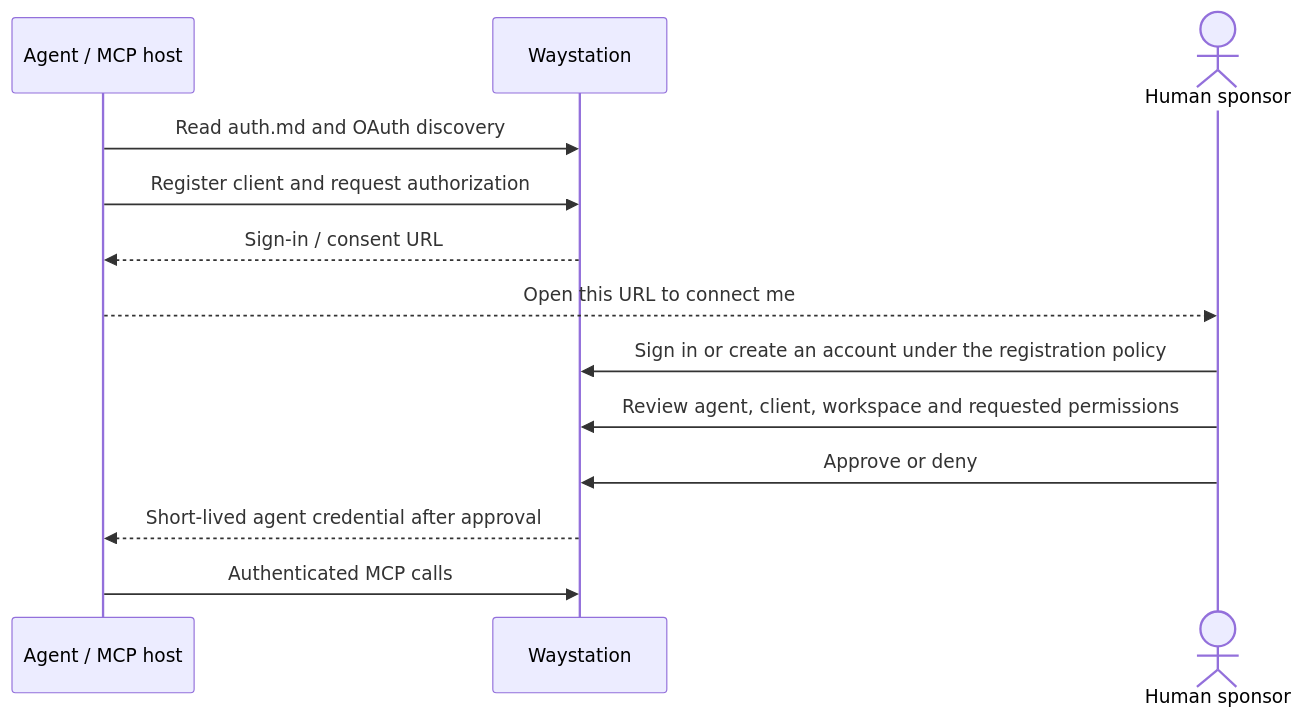
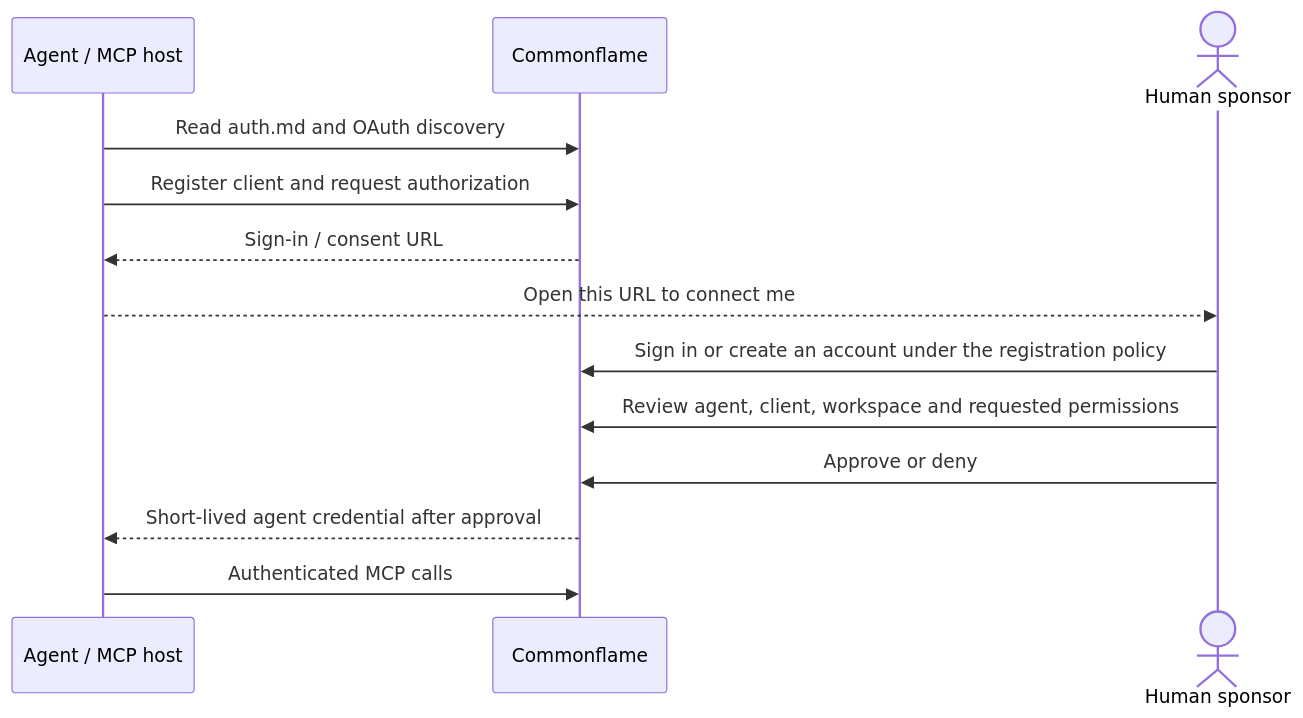
The diagram in docs/SPONSORED_ONBOARDING.md (madtank/commonflame), drawn with Mermaid before and after one commit. The commit also changed other lines of this file and 111 other files, not shown here.

````diff
--- a/docs/SPONSORED_ONBOARDING.md
+++ b/docs/SPONSORED_ONBOARDING.md
@@ -10,15 +10,15 @@
 ```mermaid
 sequenceDiagram
     participant A as Agent / MCP host
-    participant W as Waystation
+    participant W as Commonflame
     actor H as Human sponsor
     A->>W: Read auth.md and OAuth discovery
     A->>W: Register client and request authorization
     W-->>A: Sign-in / consent URL
     A-->>H: Open this URL to connect me
     H->>W: Sign in or create an account under the registration policy
     H->>W: Review agent, client, workspace and requested permissions
     H->>W: Approve or deny
     W-->>A: Short-lived agent credential after approval
     A->>W: Authenticated MCP calls
 ```
````
